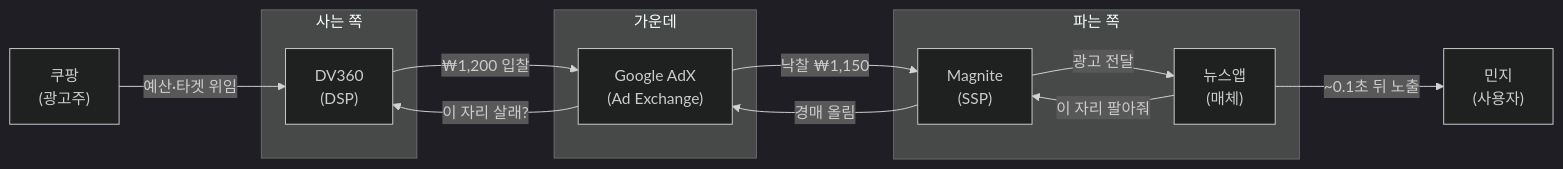
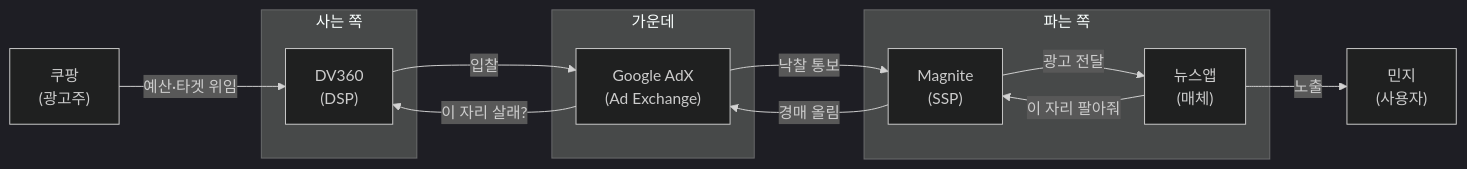
The diagram in posts/dsp-ssp-exchange.md (chkimsu/adtech-blog), drawn with Mermaid (dark theme) before and after one commit. The commit also changed other lines of this file and 8 other files, not shown here.

````diff
--- a/posts/dsp-ssp-exchange.md
+++ b/posts/dsp-ssp-exchange.md
@@ -78,24 +75,24 @@
 ```mermaid
 graph LR
   ADV["쿠팡<br/>(광고주)"]
   subgraph BUY["사는 쪽"]
     DSP["DV360<br/>(DSP)"]
   end
   subgraph MKT["가운데"]
     EX["Google AdX<br/>(Ad Exchange)"]
   end
   subgraph SELL["파는 쪽"]
     SSP["Magnite<br/>(SSP)"]
     PUB["뉴스앱<br/>(매체)"]
   end
   USER["민지<br/>(사용자)"]
 
   ADV -->|"예산·타겟 위임"| DSP
   PUB -->|"이 자리 팔아줘"| SSP
   SSP -->|"경매 올림"| EX
   EX -->|"이 자리 살래?"| DSP
-  DSP -->|"₩1,200 입찰"| EX
-  EX -->|"낙찰 ₩1,150"| SSP
+  DSP -->|"입찰"| EX
+  EX -->|"낙찰 통보"| SSP
   SSP -->|"광고 전달"| PUB
-  PUB -->|"~0.1초 뒤 노출"| USER
+  PUB -->|"노출"| USER
 ```
````
